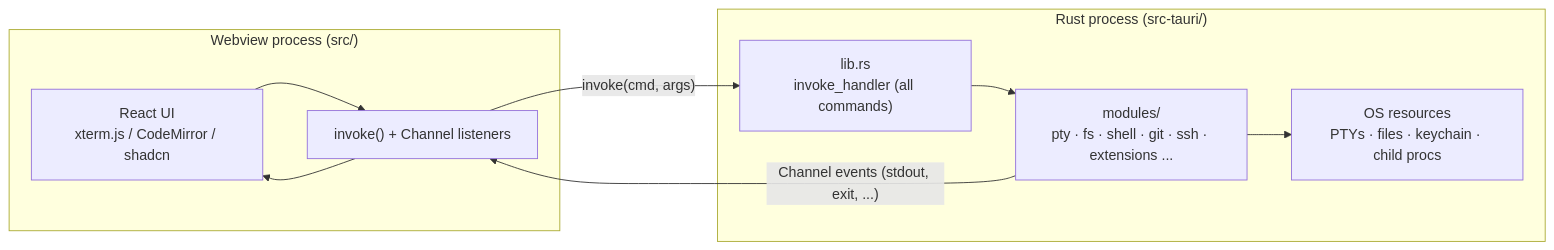
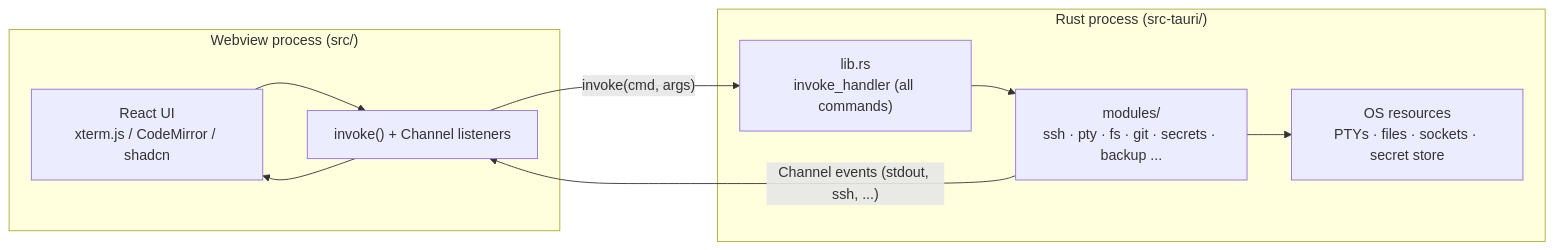
The diagram in ARCHITECTURE.md (rendyuwu/tervia), drawn with Mermaid before and after one commit. The commit also changed other lines of this file and 29 other files, not shown here.

````diff
--- a/ARCHITECTURE.md
+++ b/ARCHITECTURE.md
@@ -30,18 +38,18 @@
 ```mermaid
 flowchart LR
   subgraph Webview["Webview process (src/)"]
     UI["React UI<br/>xterm.js / CodeMirror / shadcn"]
     Bridge["invoke() + Channel listeners"]
   end
   subgraph Rust["Rust process (src-tauri/)"]
     Hub["lib.rs<br/>invoke_handler (all commands)"]
-    Mods["modules/<br/>pty · fs · shell · git · ssh · extensions ..."]
-    OS["OS resources<br/>PTYs · files · keychain · child procs"]
+    Mods["modules/<br/>ssh · pty · fs · git · secrets · backup ..."]
+    OS["OS resources<br/>PTYs · files · sockets · secret store"]
   end
   UI --> Bridge
   Bridge -- "invoke(cmd, args)" --> Hub
   Hub --> Mods
   Mods --> OS
-  Mods -- "Channel events (stdout, exit, ...)" --> Bridge
+  Mods -- "Channel events (stdout, ssh, ...)" --> Bridge
   Bridge --> UI
 ```
````
